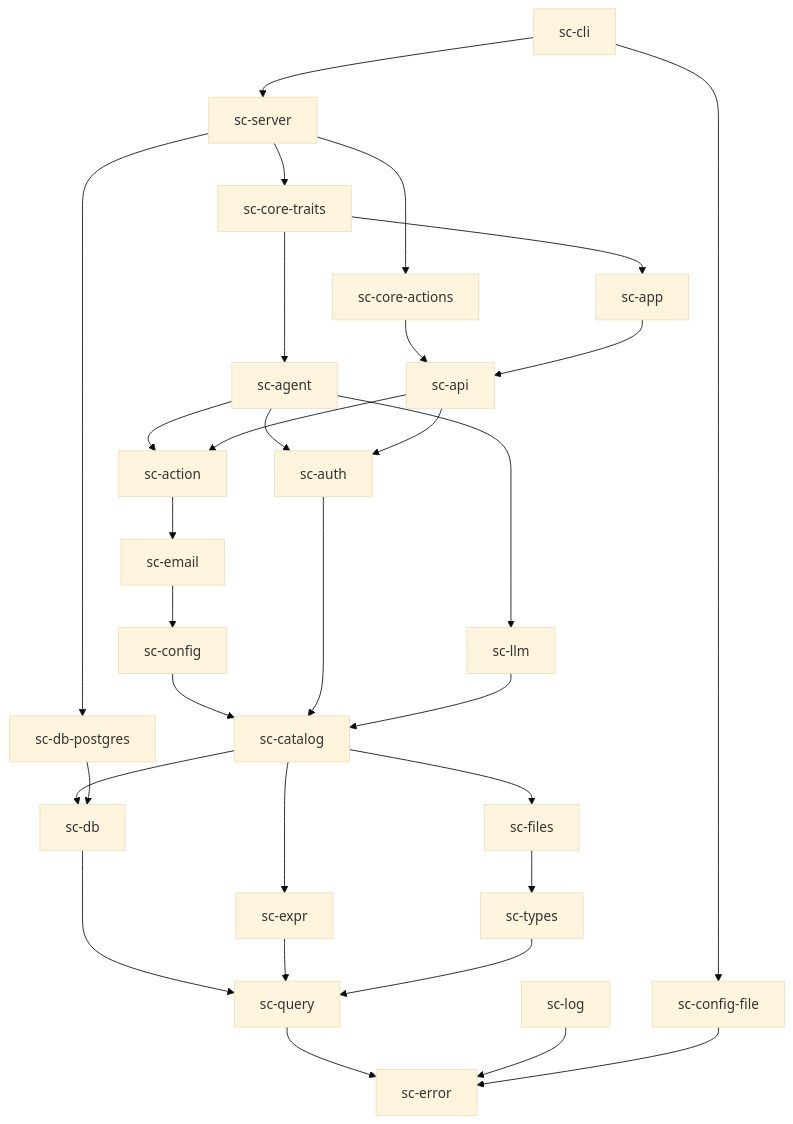
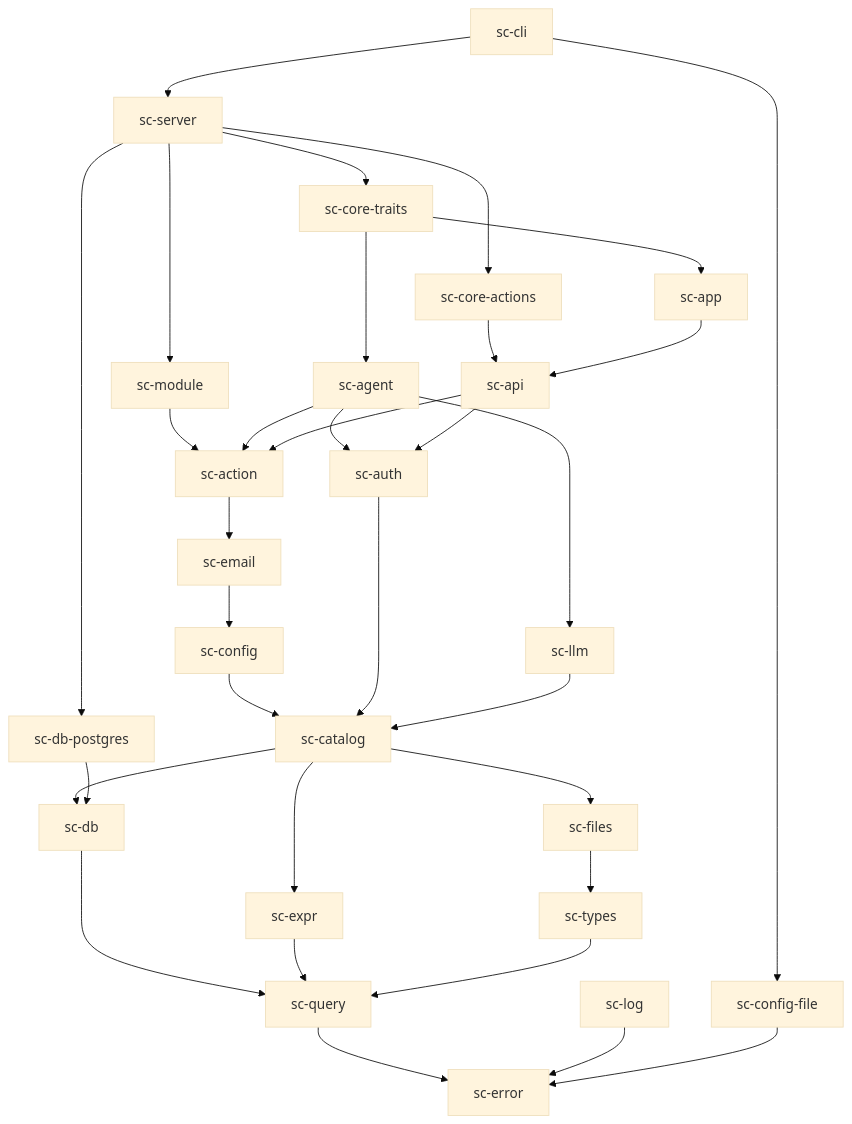
The first of 2 diagrams in docs/TECHNICAL_DESIGN.md (christianhugoch/feldspar), drawn with Mermaid (base theme) before and after one commit. The commit also changed other lines of this file and 59 other files, not shown here.

````diff
--- a/docs/TECHNICAL_DESIGN.md
+++ b/docs/TECHNICAL_DESIGN.md
@@ -114,33 +114,35 @@
 ```mermaid
 graph TD
   cli["sc-cli"] --> server["sc-server"]
   cli --> cfgfile["sc-config-file"]
   server --> coreact["sc-core-actions"]
   server --> coretraits["sc-core-traits"]
   server --> pg["sc-db-postgres"]
   coretraits --> agent["sc-agent"]
   coretraits --> app["sc-app"]
   coreact --> api["sc-api"]
+  server --> module["sc-module"]
+  module --> action["sc-action"]
   app --> api
-  agent --> action["sc-action"]
+  agent --> action
   agent --> auth["sc-auth"]
   agent --> llm["sc-llm"]
   api --> action
   api --> auth
   action --> email["sc-email"]
   email --> config["sc-config"]
   config --> catalog["sc-catalog"]
   auth --> catalog
   llm --> catalog
   catalog --> db["sc-db"]
   catalog --> expr["sc-expr"]
   catalog --> files["sc-files"]
   pg --> db
   db --> query["sc-query"]
   expr --> query
   files --> types["sc-types"]
   types --> query
   query --> error["sc-error"]
   log["sc-log"] --> error
   cfgfile --> error
 ```
````
